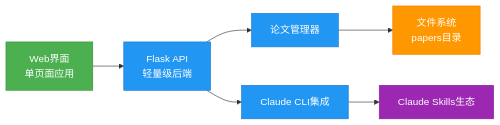
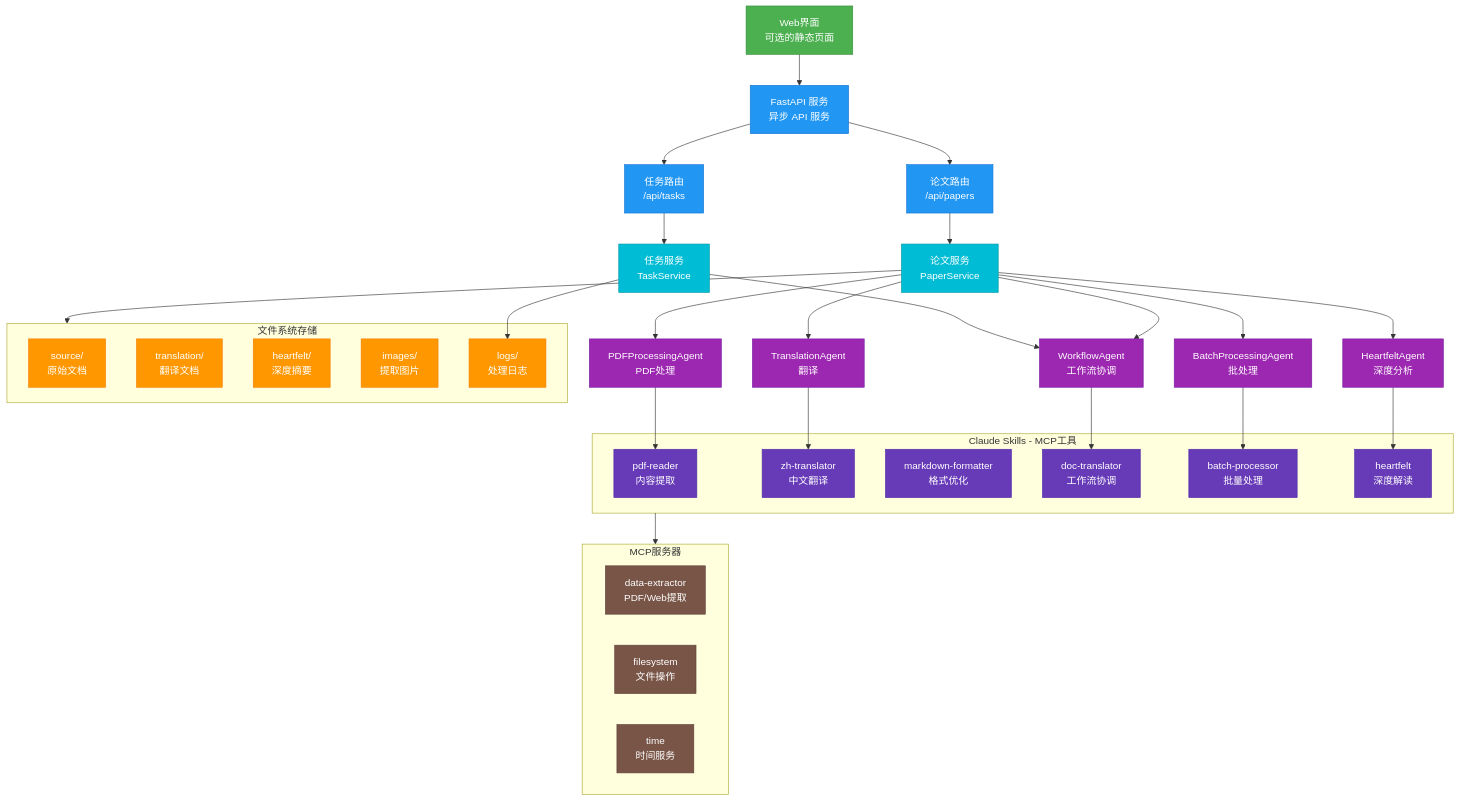
Before and after one commit to ThreeFish-AI/papers: the diagram in README.md, drawn with Mermaid. The commit also changed other lines of this file, not shown here.

Commit message:
docs(README): 更新架构图和使用说明以匹配精简方案
- 更新精简实施策略的 flowchart 为基于 Claude Agent SDK 的分层架构
- 简化环境要求，移除 PostgreSQL、Redis、Node.js 等重型组件
- 更新安装步骤和使用指南，提供 API、Web UI、文件系统三种使用方式
- 优化部署说明，支持 Docker 和手动运行两种模式

🤖 Generated with [Claude Code](https://claude.ai/code)

````diff
--- a/README.md
+++ b/README.md
@@ -85,18 +85,75 @@
 ```mermaid
-flowchart LR
-    A[Web界面<br/>单页面应用] --> B[Flask API<br/>轻量级后端]
-    B --> C[论文管理器]
-    B --> D[Claude CLI集成]
-    D --> E[Claude Skills生态]
-    C --> F[文件系统<br/>papers目录]
+flowchart TD
+    %% 用户交互层
+    A[Web界面<br/>可选的静态页面] --> B[FastAPI 服务<br/>异步 API 服务]
 
+    %% API路由层
+    B --> C[论文路由<br/>/api/papers]
+    B --> D[任务路由<br/>/api/tasks]
+
+    %% 服务层
+    C --> E[论文服务<br/>PaperService]
+    D --> F[任务服务<br/>TaskService]
+
+    %% Agent层
+    E --> G[WorkflowAgent<br/>工作流协调]
+    F --> G
+    E --> H[PDFProcessingAgent<br/>PDF处理]
+    E --> I[TranslationAgent<br/>翻译]
+    E --> J[BatchProcessingAgent<br/>批处理]
+    E --> K[HeartfeltAgent<br/>深度分析]
+
+    %% Skills封装层
+    subgraph Skills [Claude Skills - MCP工具]
+        S1[pdf-reader<br/>内容提取]
+        S2[zh-translator<br/>中文翻译]
+        S3[markdown-formatter<br/>格式优化]
+        S4[doc-translator<br/>工作流协调]
+        S5[batch-processor<br/>批量处理]
+        S6[heartfelt<br/>深度解读]
+    end
+
+    G --> S4
+    H --> S1
+    I --> S2
+    J --> S5
+    K --> S6
+
+    %% 存储层
+    subgraph Storage [文件系统存储]
+        F1[source/<br/>原始文档]
+        F2[translation/<br/>翻译文档]
+        F3[heartfelt/<br/>深度摘要]
+        F4[images/<br/>提取图片]
+        F5[logs/<br/>处理日志]
+    end
+
+    E --> Storage
+    F --> F5
+
+    %% MCP服务层
+    subgraph MCP [MCP服务器]
+        M1[data-extractor<br/>PDF/Web提取]
+        M2[filesystem<br/>文件操作]
+        M3[time<br/>时间服务]
+    end
+
+    Skills --> MCP
+
+    %% 样式
     classDef ui fill:#4CAF50,stroke:#388E3C,color:#fff
     classDef api fill:#2196F3,stroke:#1976D2,color:#fff
+    classDef service fill:#00BCD4,stroke:#0097A7,color:#fff
+    classDef agent fill:#9C27B0,stroke:#7B1FA2,color:#fff
+    classDef skills fill:#673AB7,stroke:#512DA8,color:#fff
     classDef storage fill:#FF9800,stroke:#F57C00,color:#fff
-    classDef skills fill:#9C27B0,stroke:#7B1FA2,color:#fff
+    classDef mcp fill:#795548,stroke:#5D4037,color:#fff
 
     class A ui
     class B,C,D api
-    class F storage
-    class E skills
+    class E,F service
+    class G,H,I,J,K agent
+    class S1,S2,S3,S4,S5,S6 skills
+    class F1,F2,F3,F4,F5 storage
+    class M1,M2,M3 mcp
 ```
````
